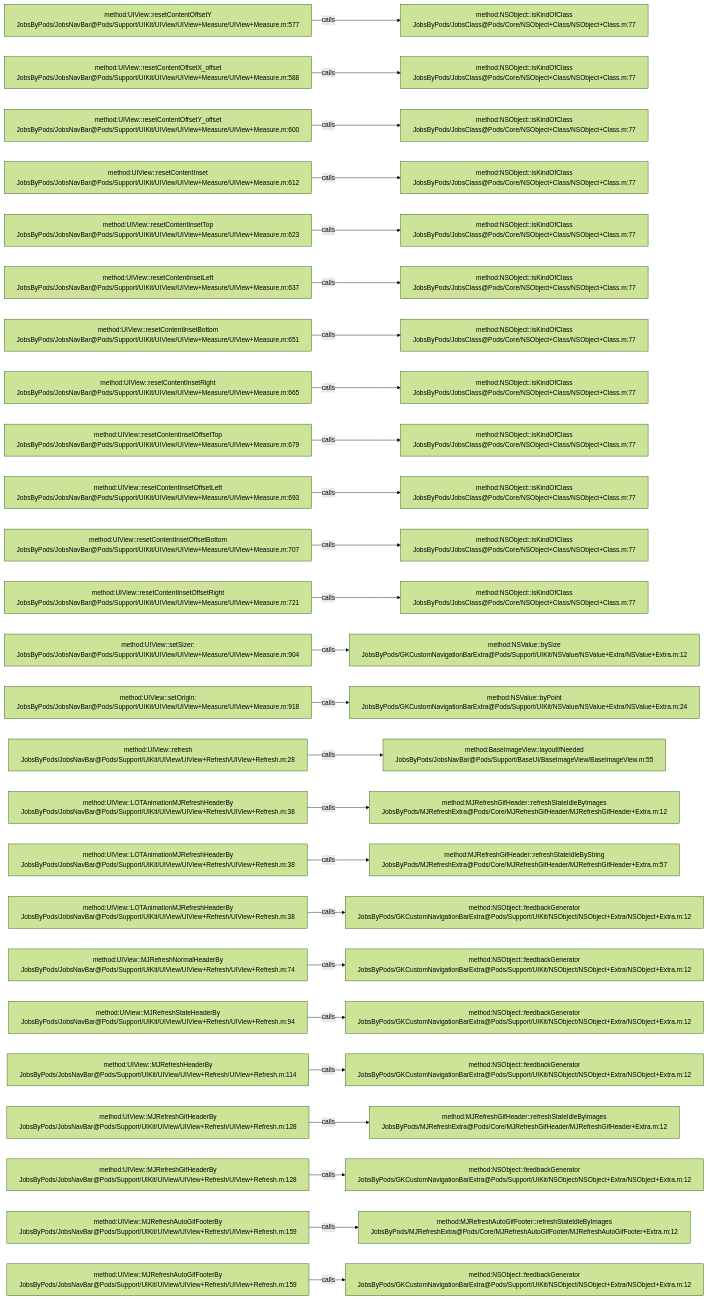
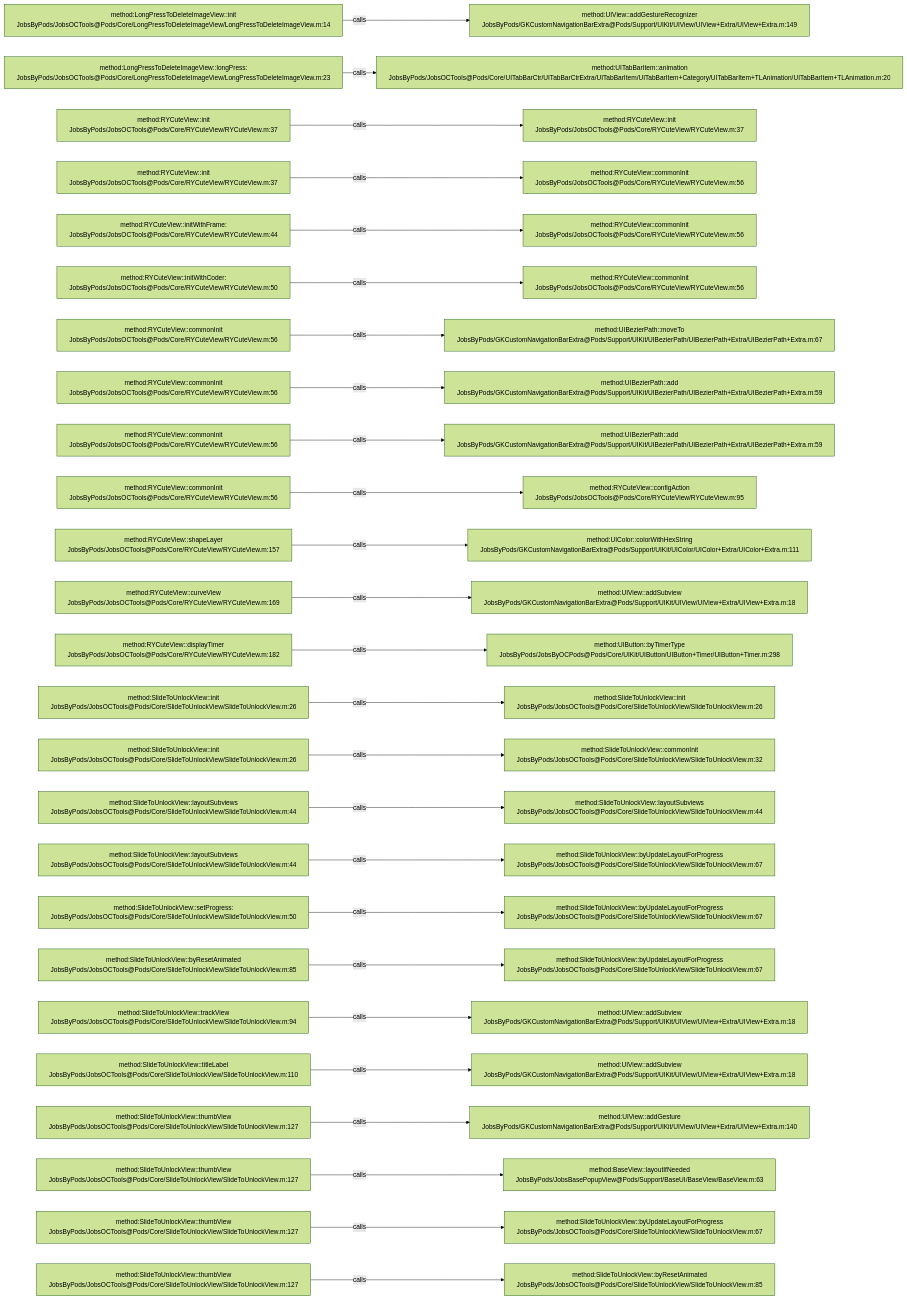
One commit to JobsKits/JobsOCBaseConfigDemo changed the diagram in .codegraph/codegraph.md/graphs/calls-158.md. Above: the diagram before and after it, drawn with Mermaid (forest theme). The commit also changed 1026 other files, not shown here.

````diff
--- a/.codegraph/codegraph.md/graphs/calls-158.md
+++ b/.codegraph/codegraph.md/graphs/calls-158.md
@@ -13,78 +13,78 @@
 ```mermaid
 flowchart LR
-  S1["method:UIView::resetContentOffsetY<br/>JobsByPods/JobsNavBar@Pods/Support/UIKit/UIView/UIView+Measure/UIView+Measure.m:577"]
-  T1["method:NSObject::isKindOfClass<br/>JobsByPods/JobsClass@Pods/Core/NSObject+Class/NSObject+Class.m:77"]
+  S1["method:LongPressToDeleteImageView::init<br/>JobsByPods/JobsOCTools@Pods/Core/LongPressToDeleteImageView/LongPressToDeleteImageView.m:14"]
+  T1["method:UIView::addGestureRecognizer<br/>JobsByPods/GKCustomNavigationBarExtra@Pods/Support/UIKit/UIView/UIView+Extra/UIView+Extra.m:149"]
   S1 -->|calls| T1
-  S2["method:UIView::resetContentOffsetX_offset<br/>JobsByPods/JobsNavBar@Pods/Support/UIKit/UIView/UIView+Measure/UIView+Measure.m:588"]
-  T2["method:NSObject::isKindOfClass<br/>JobsByPods/JobsClass@Pods/Core/NSObject+Class/NSObject+Class.m:77"]
+  S2["method:LongPressToDeleteImageView::longPress:<br/>JobsByPods/JobsOCTools@Pods/Core/LongPressToDeleteImageView/LongPressToDeleteImageView.m:23"]
+  T2["method:UITabBarItem::animation<br/>JobsByPods/JobsOCTools@Pods/Core/UITabBarCtr/UITabBarCtrExtra/UITabBarItem/UITabBarItem+Category/UITabBarItem+TLAnimation/UITabBarItem+TLAnimation.m:20"]
   S2 -->|calls| T2
-  S3["method:UIView::resetContentOffsetY_offset<br/>JobsByPods/JobsNavBar@Pods/Support/UIKit/UIView/UIView+Measure/UIView+Measure.m:600"]
-  T3["method:NSObject::isKindOfClass<br/>JobsByPods/JobsClass@Pods/Core/NSObject+Class/NSObject+Class.m:77"]
+  S3["method:RYCuteView::init<br/>JobsByPods/JobsOCTools@Pods/Core/RYCuteView/RYCuteView.m:37"]
+  T3["method:RYCuteView::init<br/>JobsByPods/JobsOCTools@Pods/Core/RYCuteView/RYCuteView.m:37"]
   S3 -->|calls| T3
-  S4["method:UIView::resetContentInset<br/>JobsByPods/JobsNavBar@Pods/Support/UIKit/UIView/UIView+Measure/UIView+Measure.m:612"]
-  T4["method:NSObject::isKindOfClass<br/>JobsByPods/JobsClass@Pods/Core/NSObject+Class/NSObject+Class.m:77"]
+  S4["method:RYCuteView::init<br/>JobsByPods/JobsOCTools@Pods/Core/RYCuteView/RYCuteView.m:37"]
+  T4["method:RYCuteView::commonInit<br/>JobsByPods/JobsOCTools@Pods/Core/RYCuteView/RYCuteView.m:56"]
   S4 -->|calls| T4
-  S5["method:UIView::resetContentInsetTop<br/>JobsByPods/JobsNavBar@Pods/Support/UIKit/UIView/UIView+Measure/UIView+Measure.m:623"]
-  T5["method:NSObject::isKindOfClass<br/>JobsByPods/JobsClass@Pods/Core/NSObject+Class/NSObject+Class.m:77"]
+  S5["method:RYCuteView::initWithFrame:<br/>JobsByPods/JobsOCTools@Pods/Core/RYCuteView/RYCuteView.m:44"]
+  T5["method:RYCuteView::commonInit<br/>JobsByPods/JobsOCTools@Pods/Core/RYCuteView/RYCuteView.m:56"]
   S5 -->|calls| T5
-  S6["method:UIView::resetContentInsetLeft<br/>JobsByPods/JobsNavBar@Pods/Support/UIKit/UIView/UIView+Measure/UIView+Measure.m:637"]
-  T6["method:NSObject::isKindOfClass<br/>JobsByPods/JobsClass@Pods/Core/NSObject+Class/NSObject+Class.m:77"]
+  S6["method:RYCuteView::initWithCoder:<br/>JobsByPods/JobsOCTools@Pods/Core/RYCuteView/RYCuteView.m:50"]
+  T6["method:RYCuteView::commonInit<br/>JobsByPods/JobsOCTools@Pods/Core/RYCuteView/RYCuteView.m:56"]
   S6 -->|calls| T6
-  S7["method:UIView::resetContentInsetBottom<br/>JobsByPods/JobsNavBar@Pods/Support/UIKit/UIView/UIView+Measure/UIView+Measure.m:651"]
-  T7["method:NSObject::isKindOfClass<br/>JobsByPods/JobsClass@Pods/Core/NSObject+Class/NSObject+Class.m:77"]
+  S7["method:RYCuteView::commonInit<br/>JobsByPods/JobsOCTools@Pods/Core/RYCuteView/RYCuteView.m:56"]
+  T7["method:UIBezierPath::moveTo<br/>JobsByPods/GKCustomNavigationBarExtra@Pods/Support/UIKit/UIBezierPath/UIBezierPath+Extra/UIBezierPath+Extra.m:67"]
   S7 -->|calls| T7
-  S8["method:UIView::resetContentInsetRight<br/>JobsByPods/JobsNavBar@Pods/Support/UIKit/UIView/UIView+Measure/UIView+Measure.m:665"]
-  T8["method:NSObject::isKindOfClass<br/>JobsByPods/JobsClass@Pods/Core/NSObject+Class/NSObject+Class.m:77"]
+  S8["method:RYCuteView::commonInit<br/>JobsByPods/JobsOCTools@Pods/Core/RYCuteView/RYCuteView.m:56"]
+  T8["method:UIBezierPath::add<br/>JobsByPods/GKCustomNavigationBarExtra@Pods/Support/UIKit/UIBezierPath/UIBezierPath+Extra/UIBezierPath+Extra.m:59"]
   S8 -->|calls| T8
-  S9["method:UIView::resetContentInsetOffsetTop<br/>JobsByPods/JobsNavBar@Pods/Support/UIKit/UIView/UIView+Measure/UIView+Measure.m:679"]
-  T9["method:NSObject::isKindOfClass<br/>JobsByPods/JobsClass@Pods/Core/NSObject+Class/NSObject+Class.m:77"]
+  S9["method:RYCuteView::commonInit<br/>JobsByPods/JobsOCTools@Pods/Core/RYCuteView/RYCuteView.m:56"]
+  T9["method:UIBezierPath::add<br/>JobsByPods/GKCustomNavigationBarExtra@Pods/Support/UIKit/UIBezierPath/UIBezierPath+Extra/UIBezierPath+Extra.m:59"]
   S9 -->|calls| T9
-  S10["method:UIView::resetContentInsetOffsetLeft<br/>JobsByPods/JobsNavBar@Pods/Support/UIKit/UIView/UIView+Measure/UIView+Measure.m:693"]
-  T10["method:NSObject::isKindOfClass<br/>JobsByPods/JobsClass@Pods/Core/NSObject+Class/NSObject+Class.m:77"]
+  S10["method:RYCuteView::commonInit<br/>JobsByPods/JobsOCTools@Pods/Core/RYCuteView/RYCuteView.m:56"]
+  T10["method:RYCuteView::configAction<br/>JobsByPods/JobsOCTools@Pods/Core/RYCuteView/RYCuteView.m:95"]
   S10 -->|calls| T10
-  S11["method:UIView::resetContentInsetOffsetBottom<br/>JobsByPods/JobsNavBar@Pods/Support/UIKit/UIView/UIView+Measure/UIView+Measure.m:707"]
-  T11["method:NSObject::isKindOfClass<br/>JobsByPods/JobsClass@Pods/Core/NSObject+Class/NSObject+Class.m:77"]
+  S11["method:RYCuteView::shapeLayer<br/>JobsByPods/JobsOCTools@Pods/Core/RYCuteView/RYCuteView.m:157"]
+  T11["method:UIColor::colorWithHexString<br/>JobsByPods/GKCustomNavigationBarExtra@Pods/Support/UIKit/UIColor/UIColor+Extra/UIColor+Extra.m:111"]
   S11 -->|calls| T11
-  S12["method:UIView::resetContentInsetOffsetRight<br/>JobsByPods/JobsNavBar@Pods/Support/UIKit/UIView/UIView+Measure/UIView+Measure.m:721"]
-  T12["method:NSObject::isKindOfClass<br/>JobsByPods/JobsClass@Pods/Core/NSObject+Class/NSObject+Class.m:77"]
+  S12["method:RYCuteView::curveView<br/>JobsByPods/JobsOCTools@Pods/Core/RYCuteView/RYCuteView.m:169"]
+  T12["method:UIView::addSubview<br/>JobsByPods/GKCustomNavigationBarExtra@Pods/Support/UIKit/UIView/UIView+Extra/UIView+Extra.m:18"]
   S12 -->|calls| T12
-  S13["method:UIView::setSizer:<br/>JobsByPods/JobsNavBar@Pods/Support/UIKit/UIView/UIView+Measure/UIView+Measure.m:904"]
-  T13["method:NSValue::bySize<br/>JobsByPods/GKCustomNavigationBarExtra@Pods/Support/UIKit/NSValue/NSValue+Extra/NSValue+Extra.m:12"]
+  S13["method:RYCuteView::displayTimer<br/>JobsByPods/JobsOCTools@Pods/Core/RYCuteView/RYCuteView.m:182"]
+  T13["method:UIButton::byTimerType<br/>JobsByPods/JobsByOCPods@Pods/Core/UIKit/UIButton/UIButton+Timer/UIButton+Timer.m:298"]
   S13 -->|calls| T13
-  S14["method:UIView::setOrigin:<br/>JobsByPods/JobsNavBar@Pods/Support/UIKit/UIView/UIView+Measure/UIView+Measure.m:918"]
-  T14["method:NSValue::byPoint<br/>JobsByPods/GKCustomNavigationBarExtra@Pods/Support/UIKit/NSValue/NSValue+Extra/NSValue+Extra.m:24"]
+  S14["method:SlideToUnlockView::init<br/>JobsByPods/JobsOCTools@Pods/Core/SlideToUnlockView/SlideToUnlockView.m:26"]
+  T14["method:SlideToUnlockView::init<br/>JobsByPods/JobsOCTools@Pods/Core/SlideToUnlockView/SlideToUnlockView.m:26"]
   S14 -->|calls| T14
-  S15["method:UIView::refresh<br/>JobsByPods/JobsNavBar@Pods/Support/UIKit/UIView/UIView+Refresh/UIView+Refresh.m:28"]
-  T15["method:BaseImageView::layoutIfNeeded<br/>JobsByPods/JobsNavBar@Pods/Support/BaseUI/BaseImageView/BaseImageView.m:55"]
+  S15["method:SlideToUnlockView::init<br/>JobsByPods/JobsOCTools@Pods/Core/SlideToUnlockView/SlideToUnlockView.m:26"]
+  T15["method:SlideToUnlockView::commonInit<br/>JobsByPods/JobsOCTools@Pods/Core/SlideToUnlockView/SlideToUnlockView.m:32"]
   S15 -->|calls| T15
-  S16["method:UIView::LOTAnimationMJRefreshHeaderBy<br/>JobsByPods/JobsNavBar@Pods/Support/UIKit/UIView/UIView+Refresh/UIView+Refresh.m:38"]
-  T16["method:MJRefreshGifHeader::refreshStateIdleByImages<br/>JobsByPods/MJRefreshExtra@Pods/Core/MJRefreshGifHeader/MJRefreshGifHeader+Extra.m:12"]
+  S16["method:SlideToUnlockView::layoutSubviews<br/>JobsByPods/JobsOCTools@Pods/Core/SlideToUnlockView/SlideToUnlockView.m:44"]
+  T16["method:SlideToUnlockView::layoutSubviews<br/>JobsByPods/JobsOCTools@Pods/Core/SlideToUnlockView/SlideToUnlockView.m:44"]
   S16 -->|calls| T16
-  S17["method:UIView::LOTAnimationMJRefreshHeaderBy<br/>JobsByPods/JobsNavBar@Pods/Support/UIKit/UIView/UIView+Refresh/UIView+Refresh.m:38"]
-  T17["method:MJRefreshGifHeader::refreshStateIdleByString<br/>JobsByPods/MJRefreshExtra@Pods/Core/MJRefreshGifHeader/MJRefreshGifHeader+Extra.m:57"]
+  S17["method:SlideToUnlockView::layoutSubviews<br/>JobsByPods/JobsOCTools@Pods/Core/SlideToUnlockView/SlideToUnlockView.m:44"]
+  T17["method:SlideToUnlockView::byUpdateLayoutForProgress<br/>JobsByPods/JobsOCTools@Pods/Core/SlideToUnlockView/SlideToUnlockView.m:67"]
   S17 -->|calls| T17
-  S18["method:UIView::LOTAnimationMJRefreshHeaderBy<br/>JobsByPods/JobsNavBar@Pods/Support/UIKit/UIView/UIView+Refresh/UIView+Refresh.m:38"]
-  T18["method:NSObject::feedbackGenerator<br/>JobsByPods/GKCustomNavigationBarExtra@Pods/Support/UIKit/NSObject/NSObject+Extra/NSObject+Extra.m:12"]
+  S18["method:SlideToUnlockView::setProgress:<br/>JobsByPods/JobsOCTools@Pods/Core/SlideToUnlockView/SlideToUnlockView.m:50"]
+  T18["method:SlideToUnlockView::byUpdateLayoutForProgress<br/>JobsByPods/JobsOCTools@Pods/Core/SlideToUnlockView/SlideToUnlockView.m:67"]
   S18 -->|calls| T18
-  S19["method:UIView::MJRefreshNormalHeaderBy<br/>JobsByPods/JobsNavBar@Pods/Support/UIKit/UIView/UIView+Refresh/UIView+Refresh.m:74"]
-  T19["method:NSObject::feedbackGenerator<br/>JobsByPods/GKCustomNavigationBarExtra@Pods/Support/UIKit/NSObject/NSObject+Extra/NSObject+Extra.m:12"]
+  S19["method:SlideToUnlockView::byResetAnimated<br/>JobsByPods/JobsOCTools@Pods/Core/SlideToUnlockView/SlideToUnlockView.m:85"]
+  T19["method:SlideToUnlockView::byUpdateLayoutForProgress<br/>JobsByPods/JobsOCTools@Pods/Core/SlideToUnlockView/SlideToUnlockView.m:67"]
   S19 -->|calls| T19
-  S20["method:UIView::MJRefreshStateHeaderBy<br/>JobsByPods/JobsNavBar@Pods/Support/UIKit/UIView/UIView+Refresh/UIView+Refresh.m:94"]
-  T20["method:NSObject::feedbackGenerator<br/>JobsByPods/GKCustomNavigationBarExtra@Pods/Support/UIKit/NSObject/NSObject+Extra/NSObject+Extra.m:12"]
+  S20["method:SlideToUnlockView::trackView<br/>JobsByPods/JobsOCTools@Pods/Core/SlideToUnlockView/SlideToUnlockView.m:94"]
+  T20["method:UIView::addSubview<br/>JobsByPods/GKCustomNavigationBarExtra@Pods/Support/UIKit/UIView/UIView+Extra/UIView+Extra.m:18"]
   S20 -->|calls| T20
-  S21["method:UIView::MJRefreshHeaderBy<br/>JobsByPods/JobsNavBar@Pods/Support/UIKit/UIView/UIView+Refresh/UIView+Refresh.m:114"]
-  T21["method:NSObject::feedbackGenerator<br/>JobsByPods/GKCustomNavigationBarExtra@Pods/Support/UIKit/NSObject/NSObject+Extra/NSObject+Extra.m:12"]
+  S21["method:SlideToUnlockView::titleLabel<br/>JobsByPods/JobsOCTools@Pods/Core/SlideToUnlockView/SlideToUnlockView.m:110"]
+  T21["method:UIView::addSubview<br/>JobsByPods/GKCustomNavigationBarExtra@Pods/Support/UIKit/UIView/UIView+Extra/UIView+Extra.m:18"]
   S21 -->|calls| T21
-  S22["method:UIView::MJRefreshGifHeaderBy<br/>JobsByPods/JobsNavBar@Pods/Support/UIKit/UIView/UIView+Refresh/UIView+Refresh.m:128"]
-  T22["method:MJRefreshGifHeader::refreshStateIdleByImages<br/>JobsByPods/MJRefreshExtra@Pods/Core/MJRefreshGifHeader/MJRefreshGifHeader+Extra.m:12"]
+  S22["method:SlideToUnlockView::thumbView<br/>JobsByPods/JobsOCTools@Pods/Core/SlideToUnlockView/SlideToUnlockView.m:127"]
+  T22["method:UIView::addGesture<br/>JobsByPods/GKCustomNavigationBarExtra@Pods/Support/UIKit/UIView/UIView+Extra/UIView+Extra.m:140"]
   S22 -->|calls| T22
-  S23["method:UIView::MJRefreshGifHeaderBy<br/>JobsByPods/JobsNavBar@Pods/Support/UIKit/UIView/UIView+Refresh/UIView+Refresh.m:128"]
-  T23["method:NSObject::feedbackGenerator<br/>JobsByPods/GKCustomNavigationBarExtra@Pods/Support/UIKit/NSObject/NSObject+Extra/NSObject+Extra.m:12"]
+  S23["method:SlideToUnlockView::thumbView<br/>JobsByPods/JobsOCTools@Pods/Core/SlideToUnlockView/SlideToUnlockView.m:127"]
+  T23["method:BaseView::layoutIfNeeded<br/>JobsByPods/JobsBasePopupView@Pods/Support/BaseUI/BaseView/BaseView.m:63"]
   S23 -->|calls| T23
-  S24["method:UIView::MJRefreshAutoGifFooterBy<br/>JobsByPods/JobsNavBar@Pods/Support/UIKit/UIView/UIView+Refresh/UIView+Refresh.m:159"]
-  T24["method:MJRefreshAutoGifFooter::refreshStateIdleByImages<br/>JobsByPods/MJRefreshExtra@Pods/Core/MJRefreshAutoGifFooter/MJRefreshAutoGifFooter+Extra.m:12"]
+  S24["method:SlideToUnlockView::thumbView<br/>JobsByPods/JobsOCTools@Pods/Core/SlideToUnlockView/SlideToUnlockView.m:127"]
+  T24["method:SlideToUnlockView::byUpdateLayoutForProgress<br/>JobsByPods/JobsOCTools@Pods/Core/SlideToUnlockView/SlideToUnlockView.m:67"]
   S24 -->|calls| T24
-  S25["method:UIView::MJRefreshAutoGifFooterBy<br/>JobsByPods/JobsNavBar@Pods/Support/UIKit/UIView/UIView+Refresh/UIView+Refresh.m:159"]
-  T25["method:NSObject::feedbackGenerator<br/>JobsByPods/GKCustomNavigationBarExtra@Pods/Support/UIKit/NSObject/NSObject+Extra/NSObject+Extra.m:12"]
+  S25["method:SlideToUnlockView::thumbView<br/>JobsByPods/JobsOCTools@Pods/Core/SlideToUnlockView/SlideToUnlockView.m:127"]
+  T25["method:SlideToUnlockView::byResetAnimated<br/>JobsByPods/JobsOCTools@Pods/Core/SlideToUnlockView/SlideToUnlockView.m:85"]
   S25 -->|calls| T25
 ```
````
